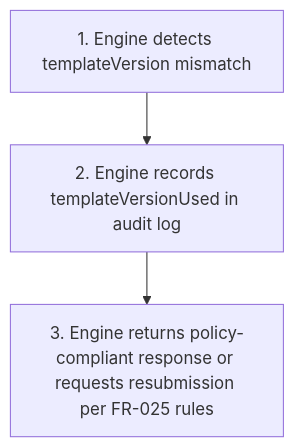
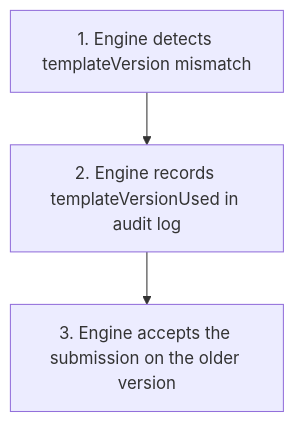
Before and after one commit to joachimtrungtuan/hairline-pm-docs: the third of 4 diagrams in project-requirements/functional-requirements/fr002-medical-history/prd.md, drawn with Mermaid. The commit also changed other lines of this file and 40 other files, not shown here.

````diff
--- a/project-requirements/functional-requirements/fr002-medical-history/prd.md
+++ b/project-requirements/functional-requirements/fr002-medical-history/prd.md
@@ -116,5 +116,5 @@
 ```mermaid
 flowchart TD
   A2S1["1. Engine detects templateVersion mismatch"] --> A2S2["2. Engine records templateVersionUsed in audit log"]
-  A2S2 --> A2S3["3. Engine returns policy-compliant response or requests resubmission per FR-025 rules"]
+  A2S2 --> A2S3["3. Engine accepts the submission on the older version"]
 ```
````
